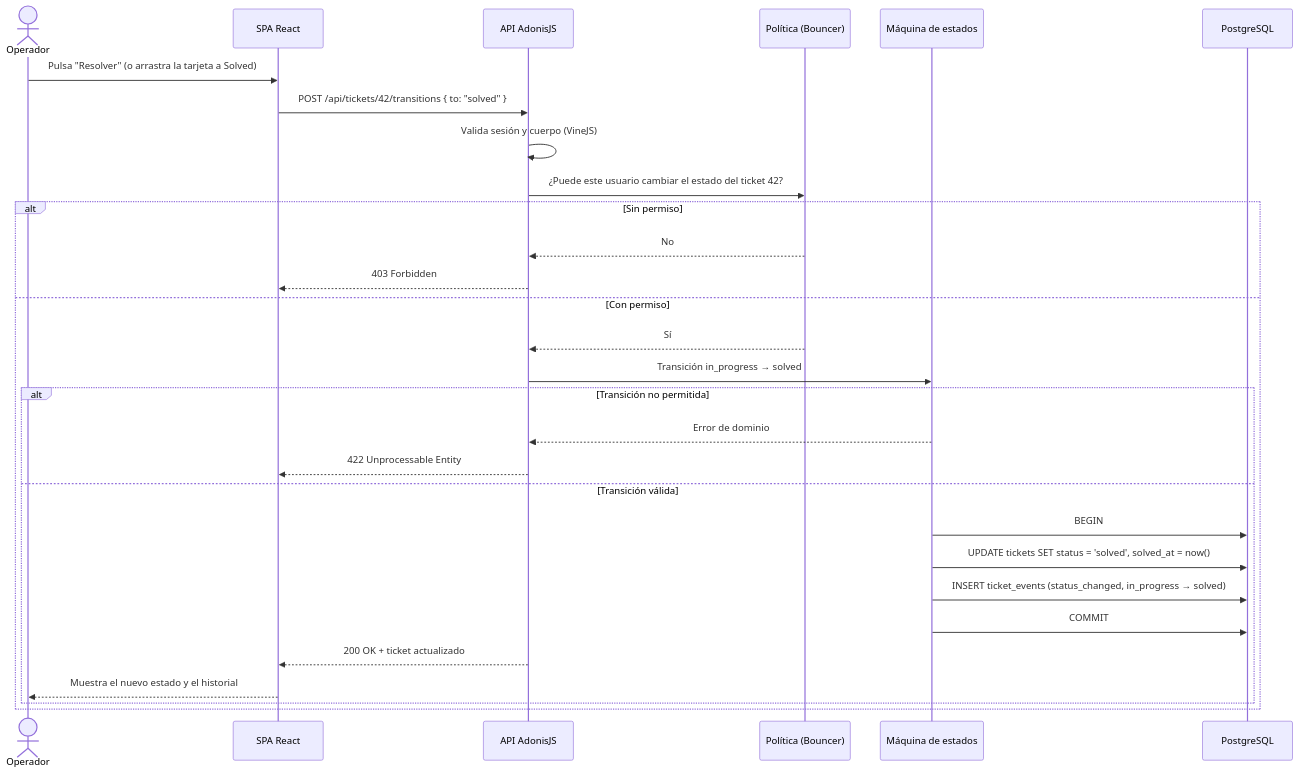
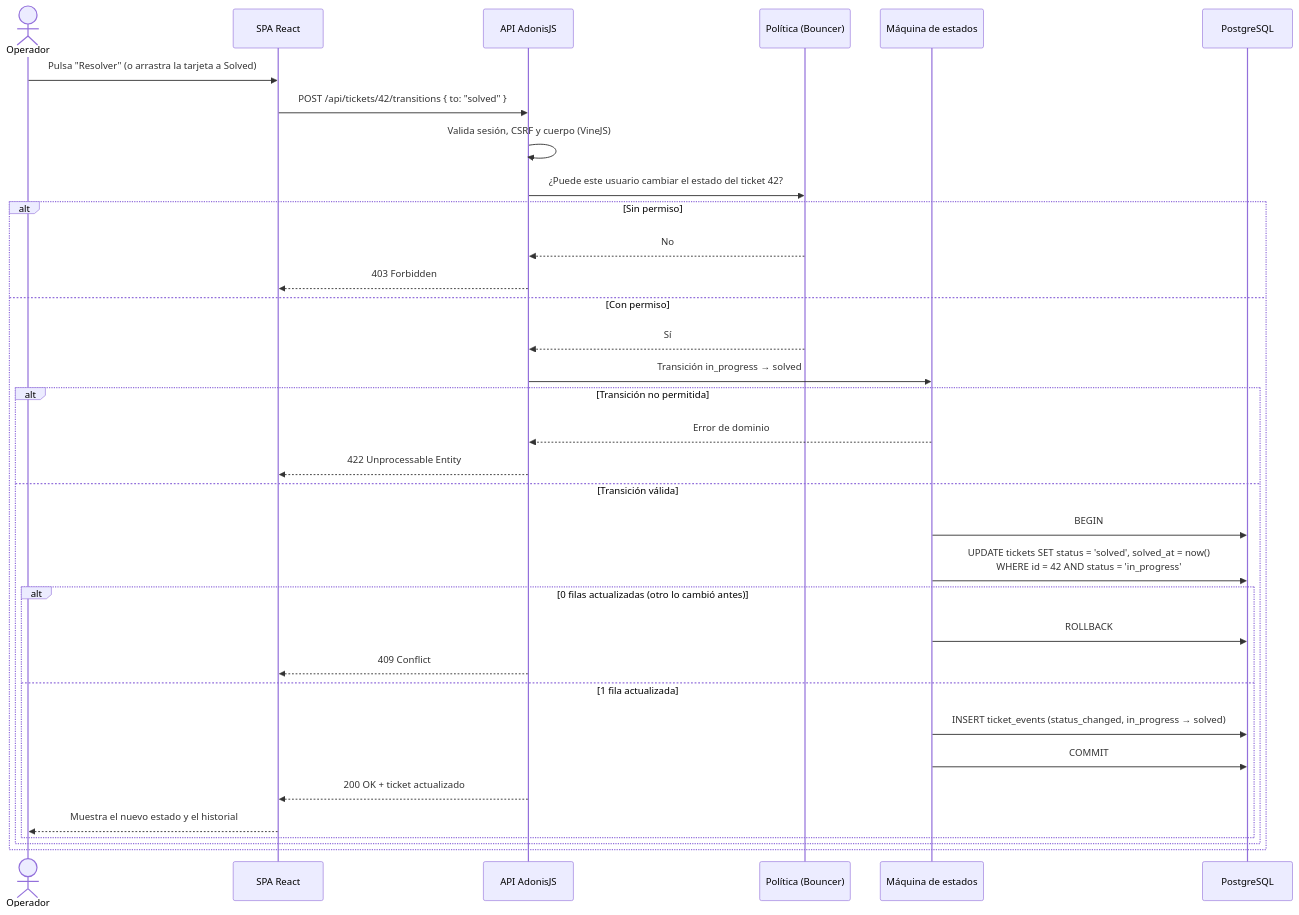
Before and after one commit to pedrolaralara/AI4Devs-finalproject: the fourth of 6 diagrams in readme.md, drawn with Mermaid. The commit also changed other lines of this file, not shown here.

Commit message:
Sincronizar la sección 2 del readme con ARQUITECTURA.md

````diff
--- a/readme.md
+++ b/readme.md
@@ -204,32 +206,37 @@
 ```mermaid
 sequenceDiagram
     actor Op as Operador
     participant SPA as SPA React
     participant API as API AdonisJS
     participant Pol as Política (Bouncer)
     participant SM as Máquina de estados
     participant DB as PostgreSQL
 
     Op->>SPA: Pulsa "Resolver" (o arrastra la tarjeta a Solved)
     SPA->>API: POST /api/tickets/42/transitions { to: "solved" }
-    API->>API: Valida sesión y cuerpo (VineJS)
+    API->>API: Valida sesión, CSRF y cuerpo (VineJS)
     API->>Pol: ¿Puede este usuario cambiar el estado del ticket 42?
     alt Sin permiso
         Pol-->>API: No
         API-->>SPA: 403 Forbidden
     else Con permiso
         Pol-->>API: Sí
         API->>SM: Transición in_progress → solved
         alt Transición no permitida
             SM-->>API: Error de dominio
             API-->>SPA: 422 Unprocessable Entity
         else Transición válida
             SM->>DB: BEGIN
-            SM->>DB: UPDATE tickets SET status = 'solved', solved_at = now()
-            SM->>DB: INSERT ticket_events (status_changed, in_progress → solved)
-            SM->>DB: COMMIT
-            API-->>SPA: 200 OK + ticket actualizado
-            SPA-->>Op: Muestra el nuevo estado y el historial
+            SM->>DB: UPDATE tickets SET status = 'solved', solved_at = now()<br/>WHERE id = 42 AND status = 'in_progress'
+            alt 0 filas actualizadas (otro lo cambió antes)
+                SM->>DB: ROLLBACK
+                API-->>SPA: 409 Conflict
+            else 1 fila actualizada
+                SM->>DB: INSERT ticket_events (status_changed, in_progress → solved)
+                SM->>DB: COMMIT
+                API-->>SPA: 200 OK + ticket actualizado
+                SPA-->>Op: Muestra el nuevo estado y el historial
+            end
         end
     end
 ```
````
